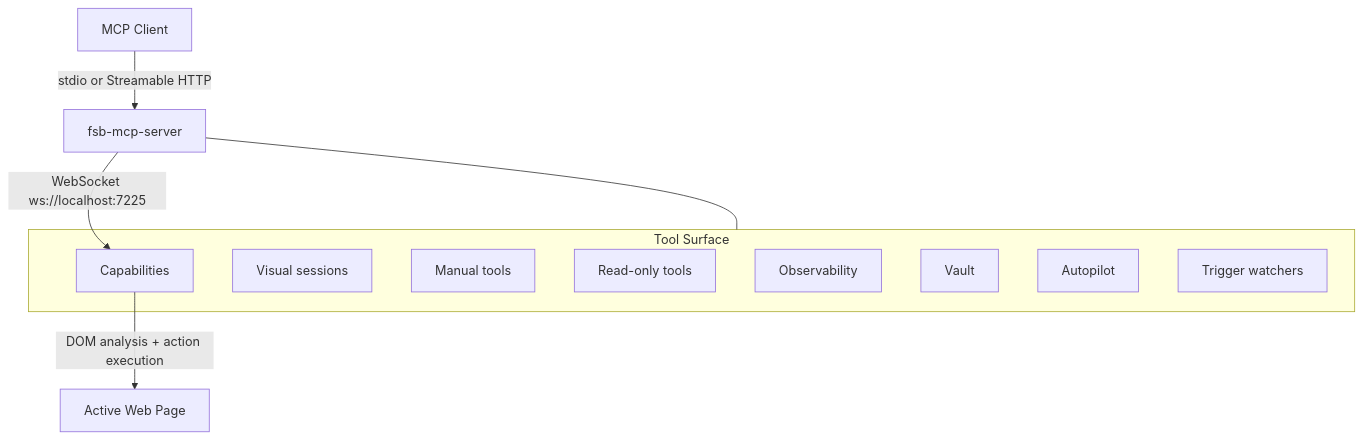
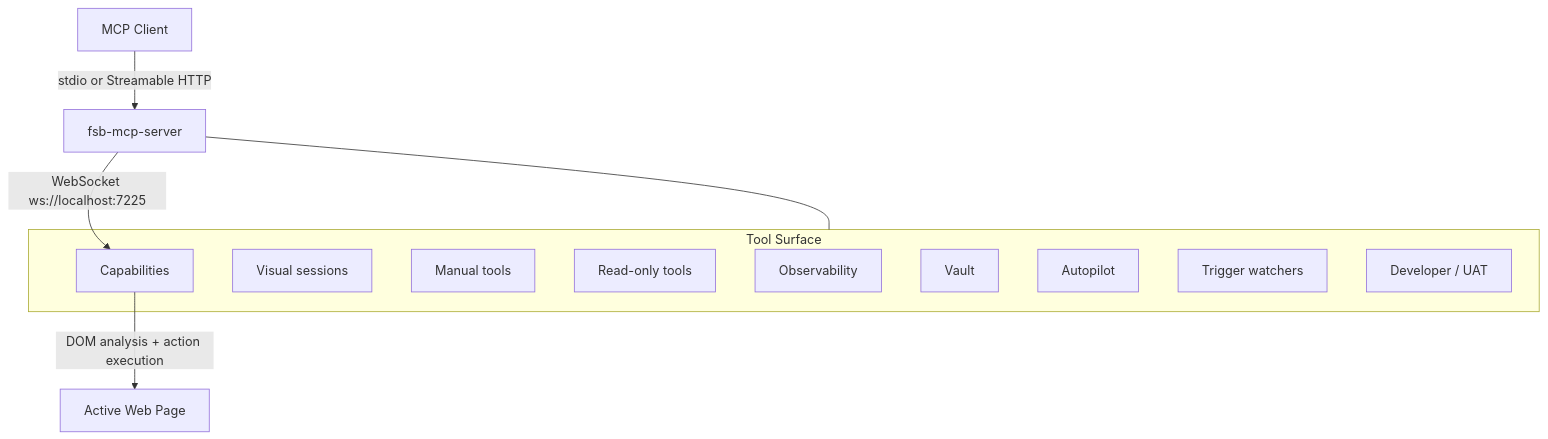
Before and after one commit to fullselfbrowsing/FSB: the diagram in mcp/README.md, drawn with Mermaid. The commit also changed other lines of this file and 94 other files, not shown here.

````diff
--- a/mcp/README.md
+++ b/mcp/README.md
@@ -560,19 +568,20 @@
 ```mermaid
 graph TD
     A["MCP Client"] -->|"stdio or Streamable HTTP"| B["fsb-mcp-server"]
     B -->|"WebSocket ws://localhost:7225"| C["FSB Chrome Extension"]
     C -->|"DOM analysis + action execution"| D["Active Web Page"]
 
     subgraph Surface["Tool Surface"]
       V["Visual sessions"]
       M["Manual tools"]
       R["Read-only tools"]
       O["Observability"]
       P["Vault"]
       C["Capabilities"]
       T["Autopilot"]
       W["Trigger watchers"]
+      U["Developer / UAT"]
     end
 
     B --- Surface
 ```
````
